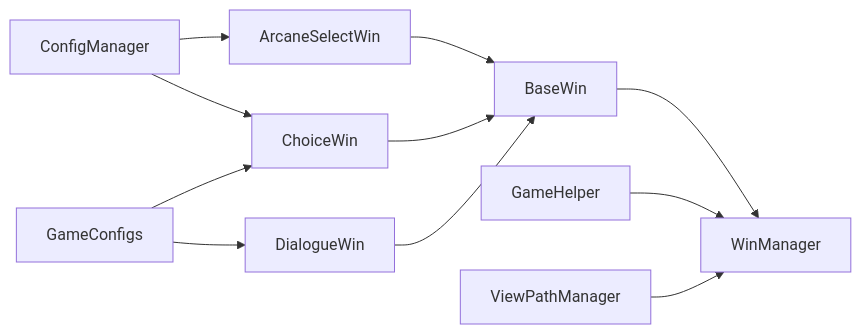
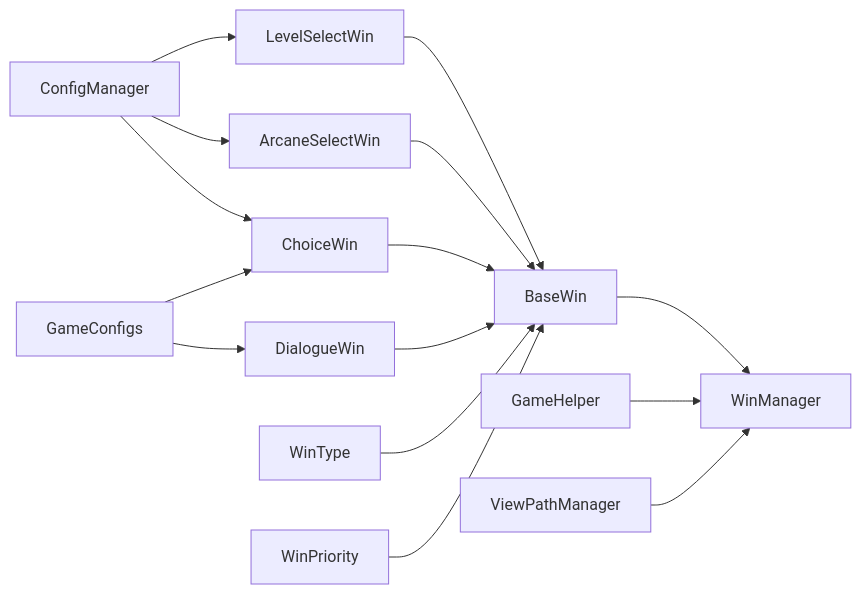
One commit to Tuusen/p1_client changed the ninth of 9 diagrams in .qoder/repowiki/zh/content/用户界面系统/窗口管理系统.md. Above: the diagram before and after it, drawn with Mermaid. The commit also changed other lines of this file and 19 other files, not shown here.

````diff
--- a/.qoder/repowiki/zh/content/用户界面系统/窗口管理系统.md
+++ b/.qoder/repowiki/zh/content/用户界面系统/窗口管理系统.md
@@ -339,13 +422,17 @@
 ```mermaid
 graph LR
 BaseWin --> WinManager
+LevelSelectWin --> BaseWin
 ArcaneSelectWin --> BaseWin
 ChoiceWin --> BaseWin
 DialogueWin --> BaseWin
 GameHelper --> WinManager
 ViewPathManager --> WinManager
 ConfigManager --> ArcaneSelectWin
 ConfigManager --> ChoiceWin
+ConfigManager --> LevelSelectWin
 GameConfigs --> ChoiceWin
 GameConfigs --> DialogueWin
+WinType --> BaseWin
+WinPriority --> BaseWin
 ```
````
